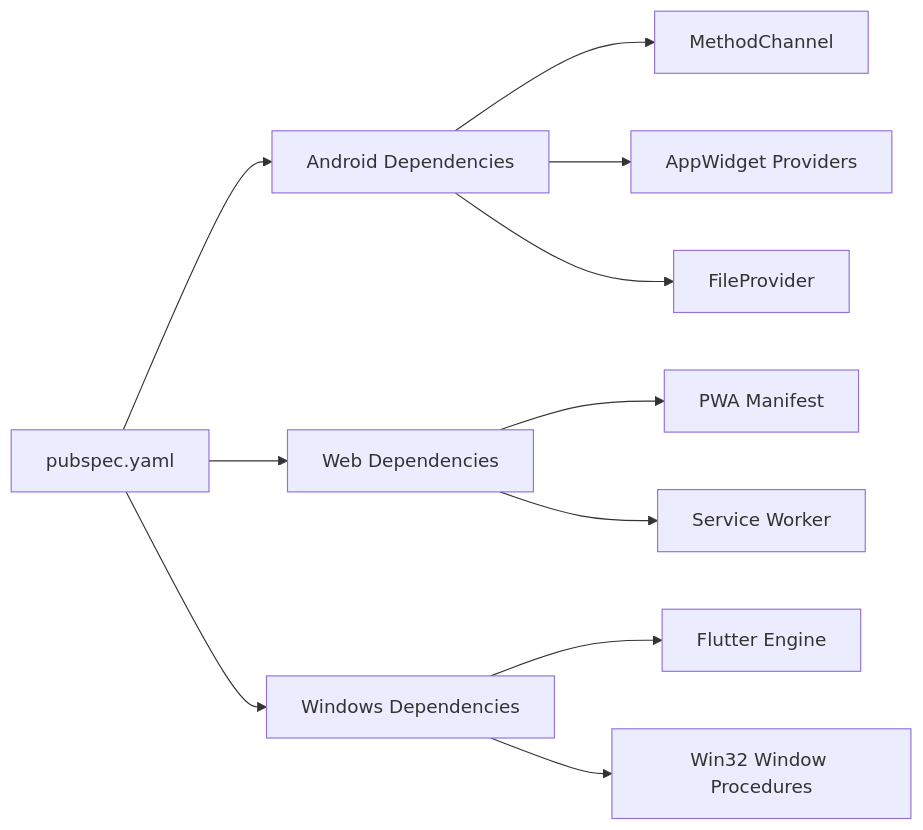
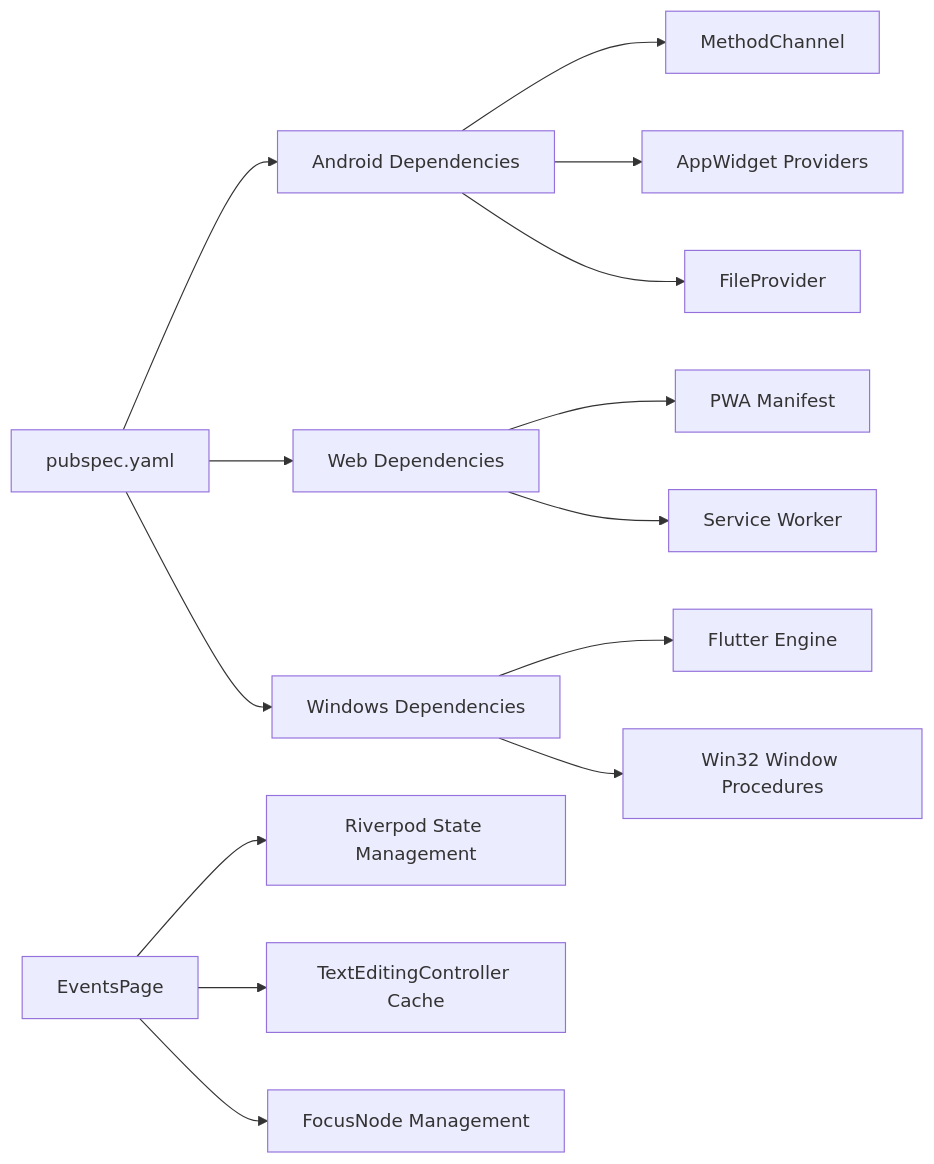
Before and after one commit to favoroo/QNote: the fifth of 5 diagrams in .qoder/repowiki/en/content/Platform-Specific Implementation/Platform-Specific Implementation.md, drawn with Mermaid. The commit also changed other lines of this file and 65 other files, not shown here.

First line of the commit message:
docs: 新增项目文档与配置文件，修复AI提取与热力图问题

````diff
--- a/.qoder/repowiki/en/content/Platform-Specific Implementation/Platform-Specific Implementation.md
+++ b/.qoder/repowiki/en/content/Platform-Specific Implementation/Platform-Specific Implementation.md
@@ -346,13 +421,16 @@
 ```mermaid
 graph LR
 PubSpec[pubspec.yaml] --> Android[Android Dependencies]
 PubSpec --> Web[Web Dependencies]
 PubSpec --> Windows[Windows Dependencies]
 Android --> MethodChannel[MethodChannel]
 Android --> AppWidgets[AppWidget Providers]
 Android --> FileProvider[FileProvider]
 Web --> PWA[PWA Manifest]
 Web --> SW[Service Worker]
 Windows --> FlutterEngine[Flutter Engine]
 Windows --> Win32[Win32 Window Procedures]
+EventsPage --> Riverpod[Riverpod State Management]
+EventsPage --> Controllers[TextEditingController Cache]
+EventsPage --> FocusNodes[FocusNode Management]
 ```
````
